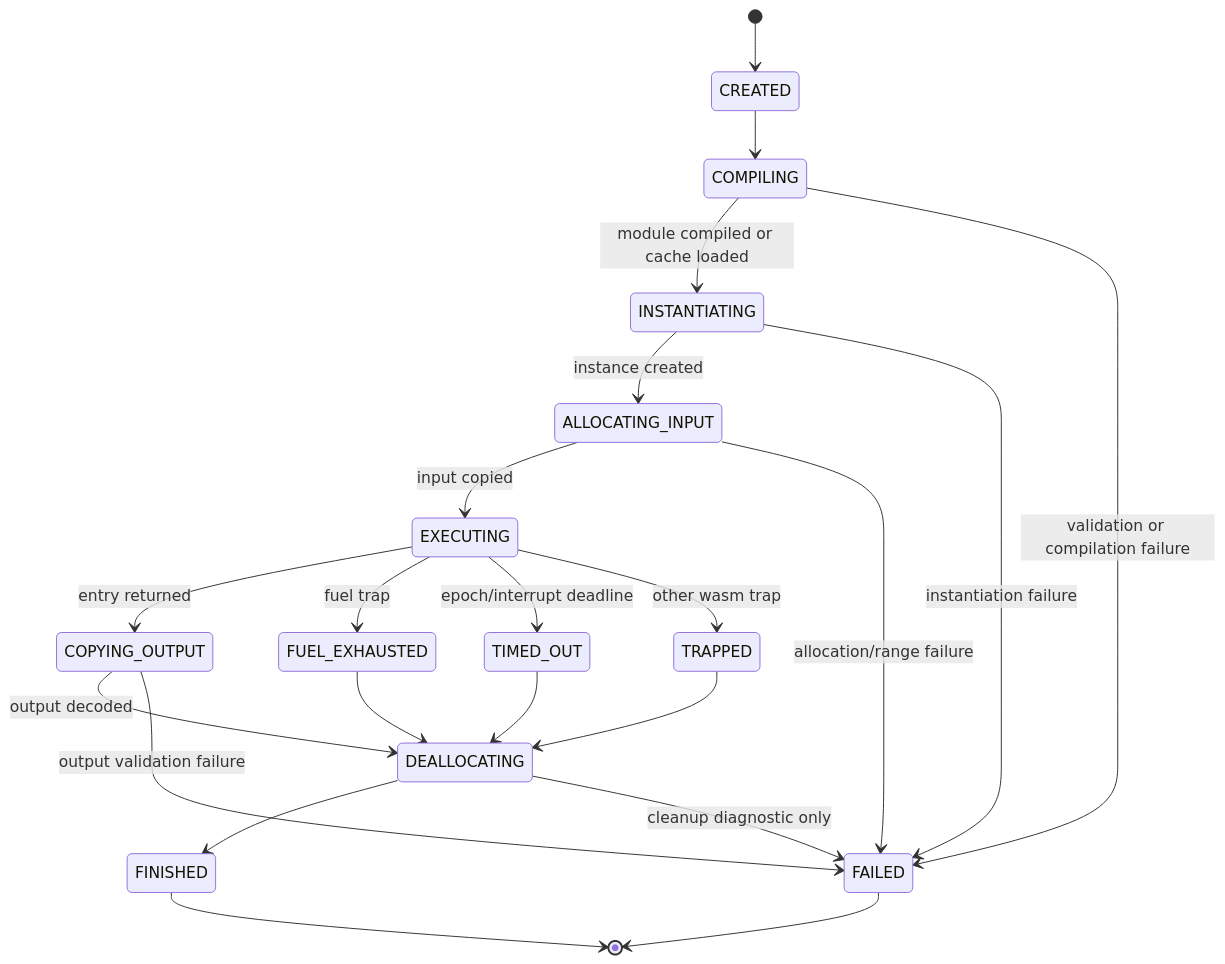
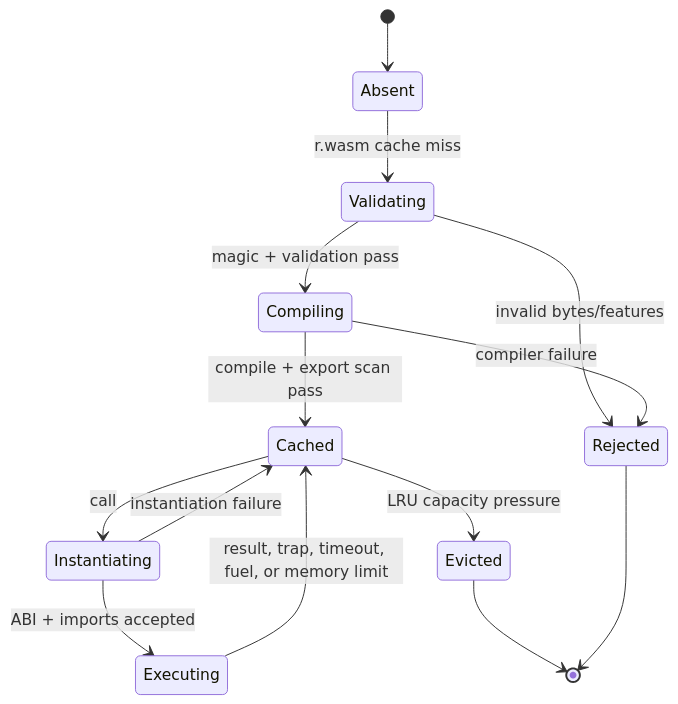
Before and after one commit to totalwindupflightsystems/rethinkdb: the second of 2 diagrams in .coding-hermes/specs/phase3-wasm-udf.md, drawn with Mermaid. The commit also changed other lines of this file, not shown here.

Commit message:
chore: mark WASM UDF sandbox spec complete — all 4 batch-2 specs done

````diff
--- a/.coding-hermes/specs/phase3-wasm-udf.md
+++ b/.coding-hermes/specs/phase3-wasm-udf.md
@@ -713,24 +748,16 @@
 ```mermaid
 stateDiagram-v2
-    [*] --> CREATED
-    CREATED --> COMPILING
-    COMPILING --> INSTANTIATING: module compiled or cache loaded
-    COMPILING --> FAILED: validation or compilation failure
-    INSTANTIATING --> ALLOCATING_INPUT: instance created
-    INSTANTIATING --> FAILED: instantiation failure
-    ALLOCATING_INPUT --> EXECUTING: input copied
-    ALLOCATING_INPUT --> FAILED: allocation/range failure
-    EXECUTING --> COPYING_OUTPUT: entry returned
-    EXECUTING --> FUEL_EXHAUSTED: fuel trap
-    EXECUTING --> TIMED_OUT: epoch/interrupt deadline
-    EXECUTING --> TRAPPED: other wasm trap
-    COPYING_OUTPUT --> DEALLOCATING: output decoded
-    COPYING_OUTPUT --> FAILED: output validation failure
-    DEALLOCATING --> FINISHED
-    TRAPPED --> DEALLOCATING
-    TIMED_OUT --> DEALLOCATING
-    FUEL_EXHAUSTED --> DEALLOCATING
-    DEALLOCATING --> FAILED: cleanup diagnostic only
-    FINISHED --> [*]
-    FAILED --> [*]
+    [*] --> Absent
+    Absent --> Validating: r.wasm cache miss
+    Validating --> Compiling: magic + validation pass
+    Validating --> Rejected: invalid bytes/features
+    Compiling --> Cached: compile + export scan pass
+    Compiling --> Rejected: compiler failure
+    Cached --> Instantiating: call
+    Instantiating --> Executing: ABI + imports accepted
+    Instantiating --> Cached: instantiation failure
+    Executing --> Cached: result, trap, timeout, fuel, or memory limit
+    Cached --> Evicted: LRU capacity pressure
+    Evicted --> [*]
+    Rejected --> [*]
 ```
````
